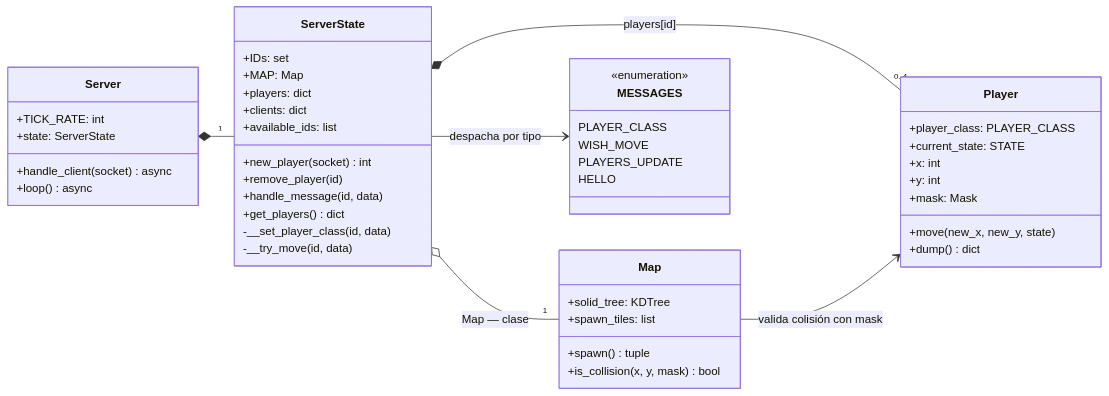
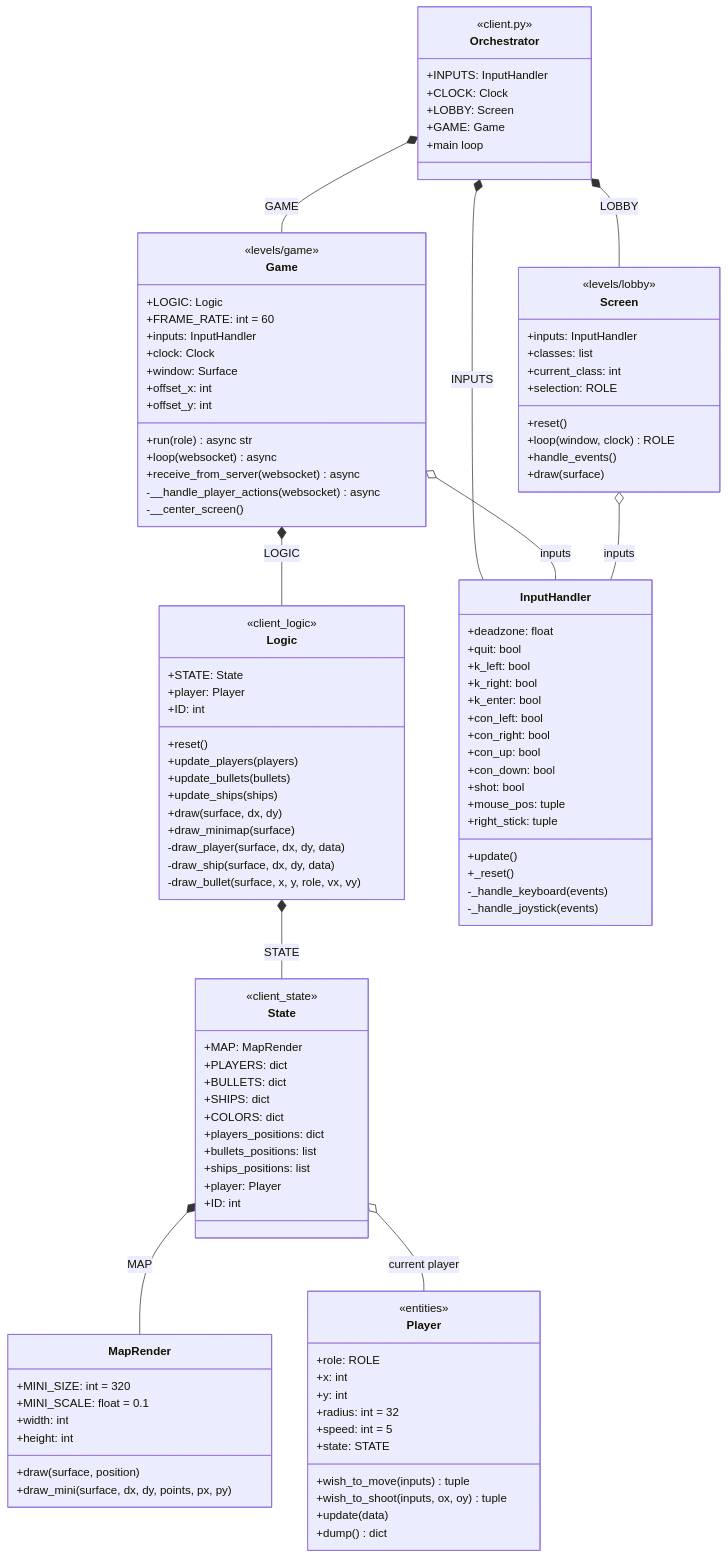
The third of 5 diagrams in docs/diagramas/clases.md (Aouei/pygame_multi), drawn with Mermaid before and after one commit. The commit also changed other lines of this file and 2 other files, not shown here.

Commit message:
UPDATE doc diagrams

````diff
--- a/docs/diagramas/clases.md
+++ b/docs/diagramas/clases.md
@@ -192,56 +175,123 @@
 ```mermaid
 classDiagram
-    direction LR
+    direction TB
 
-    class Server {
-        +TICK_RATE: int
-        +state: ServerState
-        +handle_client(socket) async
-        +loop() async
+    class Orchestrator {
+        <<client.py>>
+        +INPUTS: InputHandler
+        +CLOCK: Clock
+        +LOBBY: Screen
+        +GAME: Game
+        +main loop
     }
 
-    class ServerState {
-        +IDs: set
-        +MAP: Map
-        +players: dict
-        +clients: dict
-        +available_ids: list
-        +new_player(socket) int
-        +remove_player(id)
-        +handle_message(id, data)
-        +get_players() dict
-        -__set_player_class(id, data)
-        -__try_move(id, data)
+    class Screen {
+        <<levels/lobby>>
+        +inputs: InputHandler
+        +classes: list
+        +current_class: int
+        +selection: ROLE
+        +reset()
+        +loop(window, clock) ROLE
+        +handle_events()
+        +draw(surface)
+    }
+
+    class Game {
+        <<levels/game>>
+        +LOGIC: Logic
+        +FRAME_RATE: int = 60
+        +inputs: InputHandler
+        +clock: Clock
+        +window: Surface
+        +offset_x: int
+        +offset_y: int
+        +run(role) async str
+        +loop(websocket) async
+        +receive_from_server(websocket) async
+        -__handle_player_actions(websocket) async
+        -__center_screen()
+    }
+
+    class Logic {
+        <<client_logic>>
+        +STATE: State
+        +player: Player
+        +ID: int
+        +reset()
+        +update_players(players)
+        +update_bullets(bullets)
+        +update_ships(ships)
+        +draw(surface, dx, dy)
+        +draw_minimap(surface)
+        -draw_player(surface, dx, dy, data)
+        -draw_ship(surface, dx, dy, data)
+        -draw_bullet(surface, x, y, role, vx, vy)
+    }
+
+    class State {
+        <<client_state>>
+        +MAP: MapRender
+        +PLAYERS: dict
+        +BULLETS: dict
+        +SHIPS: dict
+        +COLORS: dict
+        +players_positions: dict
+        +bullets_positions: list
+        +ships_positions: list
+        +player: Player
+        +ID: int
+    }
+
+    class MapRender {
+        +MINI_SIZE: int = 320
+        +MINI_SCALE: float = 0.1
+        +width: int
+        +height: int
+        +draw(surface, position)
+        +draw_mini(surface, dx, dy, points, px, py)
+    }
+
+    class InputHandler {
+        +deadzone: float
+        +quit: bool
+        +k_left: bool
+        +k_right: bool
+        +k_enter: bool
+        +con_left: bool
+        +con_right: bool
+        +con_up: bool
+        +con_down: bool
+        +shot: bool
+        +mouse_pos: tuple
+        +right_stick: tuple
+        +update()
+        +_reset()
+        -_handle_keyboard(events)
+        -_handle_joystick(events)
     }
 
     class Player {
-        +player_class: PLAYER_CLASS
-        +current_state: STATE
+        <<entities>>
+        +role: ROLE
         +x: int
         +y: int
-        +mask: Mask
-        +move(new_x, new_y, state)
+        +radius: int = 32
+        +speed: int = 5
+        +state: STATE
+        +wish_to_move(inputs) tuple
+        +wish_to_shoot(inputs, ox, oy) tuple
+        +update(data)
         +dump() dict
     }
 
-    class Map {
-        +solid_tree: KDTree
-        +spawn_tiles: list
-        +spawn() tuple
-        +is_collision(x, y, mask) bool
-    }
-
-    class MESSAGES {
-        <<enumeration>>
-        PLAYER_CLASS
-        WISH_MOVE
-        PLAYERS_UPDATE
-        HELLO
-    }
-
-    Server *-- "1" ServerState
-    ServerState *-- "0..4" Player : players[id]
-    ServerState o-- "1" Map : Map — clase
-    ServerState --> MESSAGES : despacha por tipo
-    Map --> Player : valida colisión con mask
+    Orchestrator *-- Screen : LOBBY
+    Orchestrator *-- Game : GAME
+    Orchestrator *-- InputHandler : INPUTS
+    Game *-- Logic : LOGIC
+    Logic *-- State : STATE
+    State *-- MapRender : MAP
+    State o-- Player : current player
+    Game o-- InputHandler : inputs
+    Screen o-- InputHandler : inputs
 ```
````
